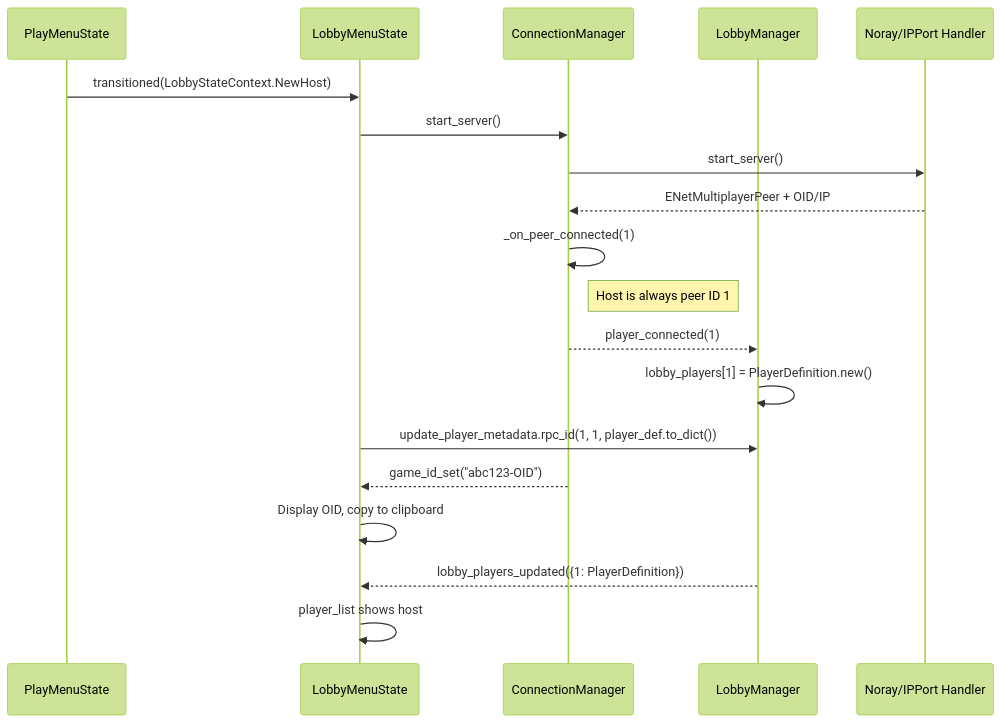
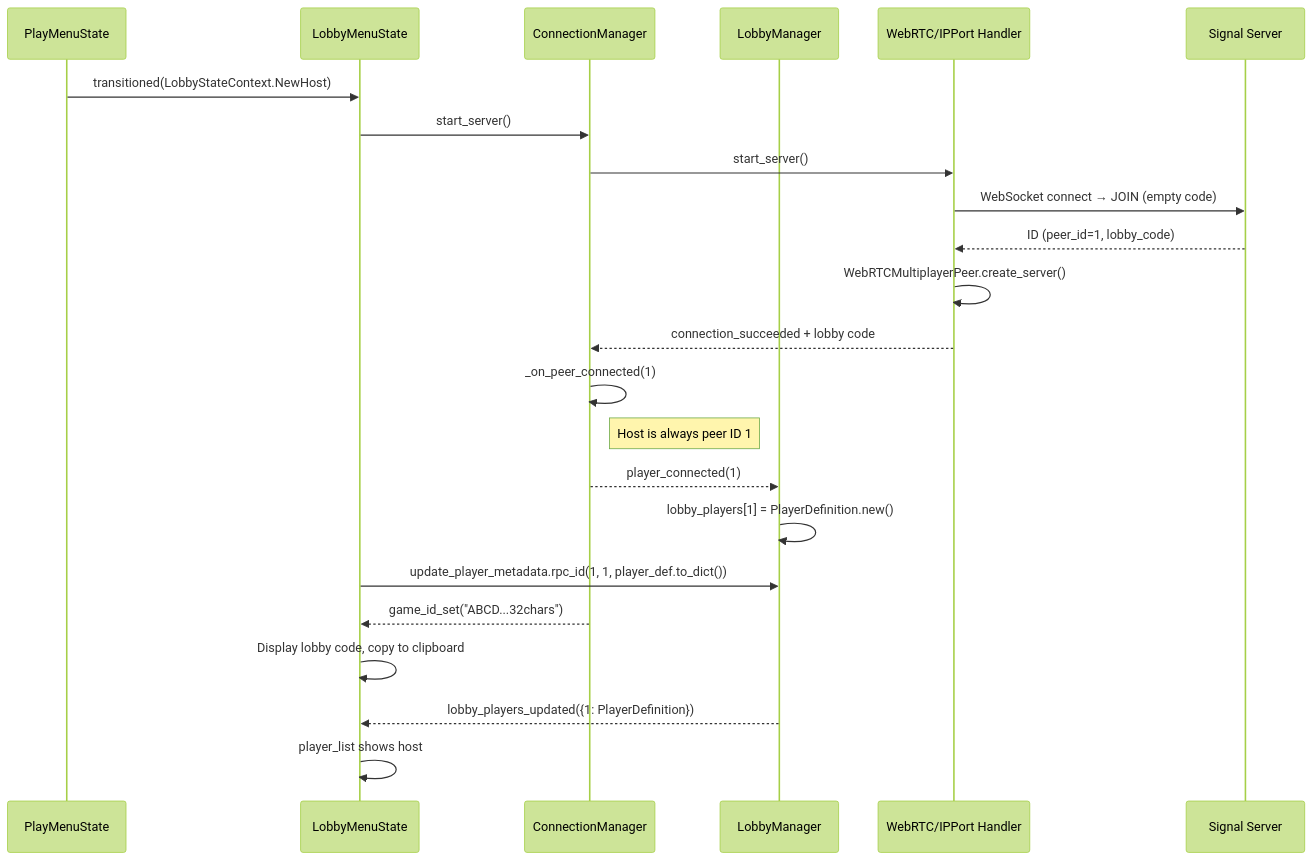
Before and after one commit to ssebs/DankNooner: the second of 13 diagrams in v2/planning_docs/LobbyGameFlowMP.md, drawn with Mermaid (forest theme). The commit also changed other lines of this file and 2 other files, not shown here.

````diff
--- a/v2/planning_docs/LobbyGameFlowMP.md
+++ b/v2/planning_docs/LobbyGameFlowMP.md
@@ -41,22 +43,26 @@
 ```mermaid
 sequenceDiagram
     participant Play as PlayMenuState
     participant Lobby as LobbyMenuState
     participant CM as ConnectionManager
     participant LM as LobbyManager
-    participant Handler as Noray/IPPort Handler
+    participant Handler as WebRTC/IPPort Handler
+    participant Signal as Signal Server
 
     Play->>Lobby: transitioned(LobbyStateContext.NewHost)
     Lobby->>CM: start_server()
     CM->>Handler: start_server()
-    Handler-->>CM: ENetMultiplayerPeer + OID/IP
+    Handler->>Signal: WebSocket connect → JOIN (empty code)
+    Signal-->>Handler: ID (peer_id=1, lobby_code)
+    Handler->>Handler: WebRTCMultiplayerPeer.create_server()
+    Handler-->>CM: connection_succeeded + lobby code
     CM->>CM: _on_peer_connected(1)
     Note right of CM: Host is always peer ID 1
     CM-->>LM: player_connected(1)
     LM->>LM: lobby_players[1] = PlayerDefinition.new()
     Lobby->>LM: update_player_metadata.rpc_id(1, 1, player_def.to_dict())
-    CM-->>Lobby: game_id_set("abc123-OID")
-    Lobby->>Lobby: Display OID, copy to clipboard
+    CM-->>Lobby: game_id_set("ABCD...32chars")
+    Lobby->>Lobby: Display lobby code, copy to clipboard
     LM-->>Lobby: lobby_players_updated({1: PlayerDefinition})
     Lobby->>Lobby: player_list shows host
 ```
````
